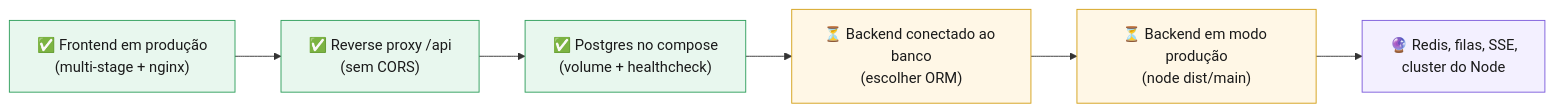
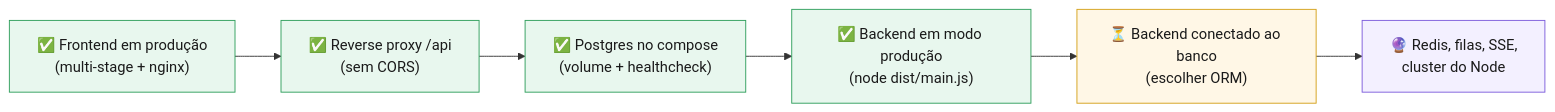
One commit to ThiagoMarzari/laboratorio-producao-web changed the seventh of 7 diagrams in README.md. Above: the diagram before and after it, drawn with Mermaid. The commit also changed other lines of this file and 11 other files, not shown here.

First line of the commit message:
Builds de produção no Docker, backend com npm e docs atualizadas

````diff
--- a/README.md
+++ b/README.md
@@ -535,15 +544,15 @@
 ```mermaid
 flowchart LR
     A["✅ Frontend em produção<br/>(multi-stage + nginx)"] --> B["✅ Reverse proxy /api<br/>(sem CORS)"]
     B --> C["✅ Postgres no compose<br/>(volume + healthcheck)"]
-    C --> D["⏳ Backend conectado ao banco<br/>(escolher ORM)"]
-    D --> E["⏳ Backend em modo produção<br/>(node dist/main)"]
-    E --> F["🔮 Redis, filas, SSE,<br/>cluster do Node"]
+    C --> E["✅ Backend em modo produção<br/>(node dist/main.js)"]
+    E --> D["⏳ Backend conectado ao banco<br/>(escolher ORM)"]
+    D --> F["🔮 Redis, filas, SSE,<br/>cluster do Node"]
 
     style A fill:#e8f7ee,stroke:#2e9e5b,color:#1a1a1a
     style B fill:#e8f7ee,stroke:#2e9e5b,color:#1a1a1a
     style C fill:#e8f7ee,stroke:#2e9e5b,color:#1a1a1a
     style D fill:#fff7e6,stroke:#d4a017,color:#1a1a1a
-    style E fill:#fff7e6,stroke:#d4a017,color:#1a1a1a
+    style E fill:#e8f7ee,stroke:#2e9e5b,color:#1a1a1a
     style F fill:#f3f0ff,stroke:#7c5cdb,color:#1a1a1a
 ```
````
